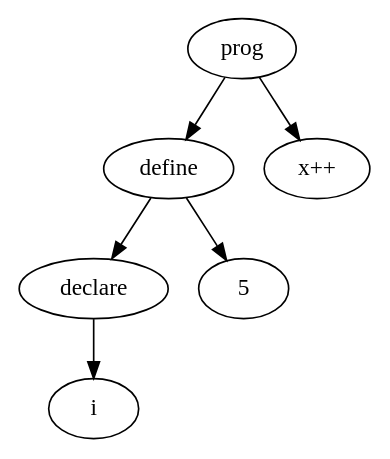
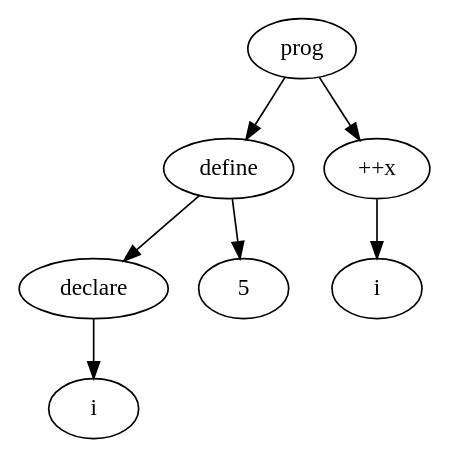
The diagram in AST.dot (sampieters/compiler), drawn with Graphviz before and after one commit. The commit also changed 3 other files, not shown here.

```diff
--- a/AST.dot
+++ b/AST.dot
@@ -1,13 +1,15 @@
 digraph AST {
 	node0[label="prog"]
 	node1[label="define"]
 	node0->node1
 	node2[label="declare"]
 	node1->node2
 	node3[label="i"]
 	node2->node3
 	node4[label="5"]
 	node1->node4
-	node5[label="x++"]
+	node5[label="++x"]
 	node0->node5
+	node6[label="i"]
+	node5->node6
 }
```
